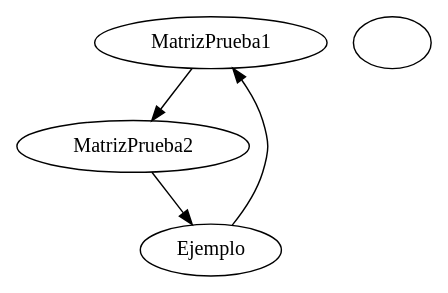
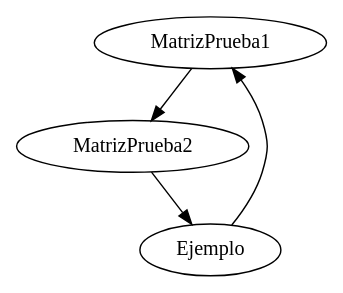
Before and after one commit to KevynGiron/IPC2_Proyecto1_201700653: the diagram in Proyecto1_IPC2/archivo.dot, drawn with Graphviz. The commit also changed 7 other files, not shown here.

```diff
--- a/Proyecto1_IPC2/archivo.dot
+++ b/Proyecto1_IPC2/archivo.dot
@@ -1,7 +1,7 @@
 digraph mat{
 rankdir=UD
-	"MatrizPrueba1"->"MatrizPrueba2"
-	"MatrizPrueba2"->"Ejemplo"
-	"Ejemplo"->MatrizPrueba1""
-
+"n0" [label = "MatrizPrueba1"]
+"n1" [label = "MatrizPrueba2"]
+"n2" [label = "Ejemplo"]
+n0->n1->n2->n0
 }
```
